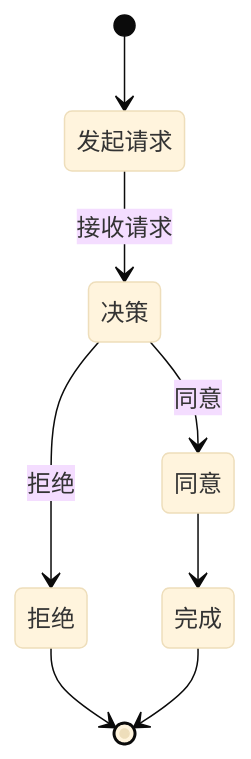
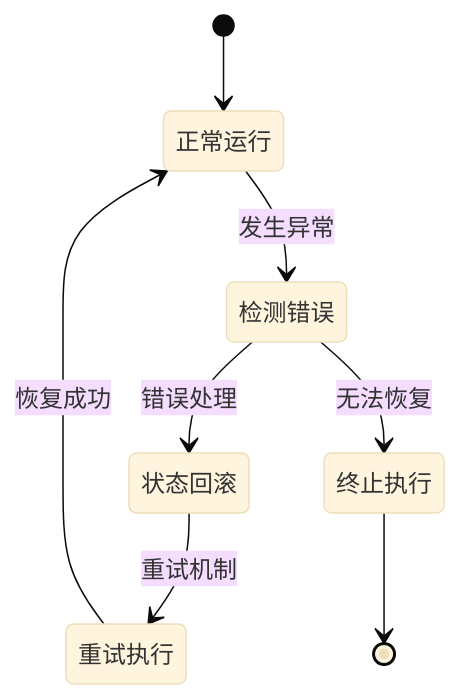
Before and after one commit to haolange/learn-claude-code: diagram 12 of 15 in .qoder/repowiki/zh/content/可视化学习平台/可视化学习平台.md, drawn with Mermaid (base theme). The commit also changed other lines of this file and 6 other files, not shown here.

````diff
--- a/.qoder/repowiki/zh/content/可视化学习平台/可视化学习平台.md
+++ b/.qoder/repowiki/zh/content/可视化学习平台/可视化学习平台.md
@@ -489,10 +492,10 @@
 ```mermaid
 stateDiagram-v2
-[*] --> 发起请求
-发起请求 --> 决策 : 接收请求
-决策 --> 同意 : 同意
-决策 --> 拒绝 : 拒绝
-同意 --> 完成
-拒绝 --> [*]
-完成 --> [*]
+[*] --> 正常运行
+正常运行 --> 检测错误 : 发生异常
+检测错误 --> 状态回滚 : 错误处理
+状态回滚 --> 重试执行 : 重试机制
+重试执行 --> 正常运行 : 恢复成功
+检测错误 --> 终止执行 : 无法恢复
+终止执行 --> [*]
 ```
````
